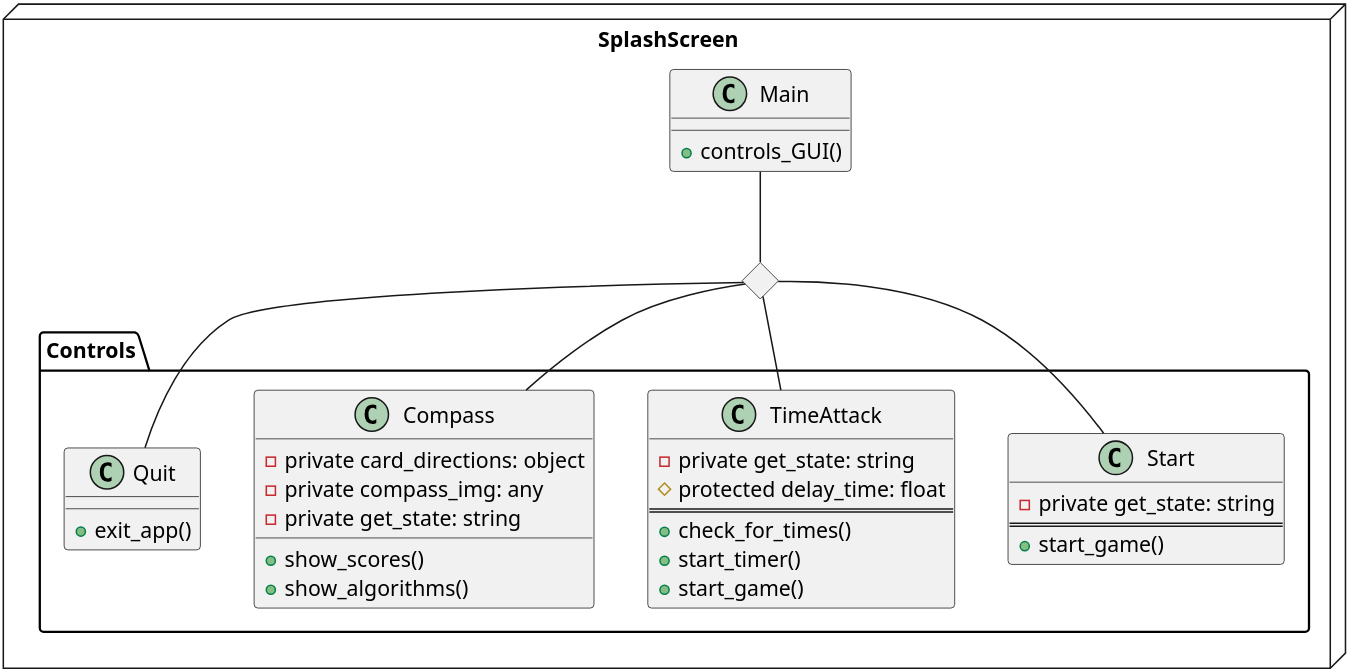
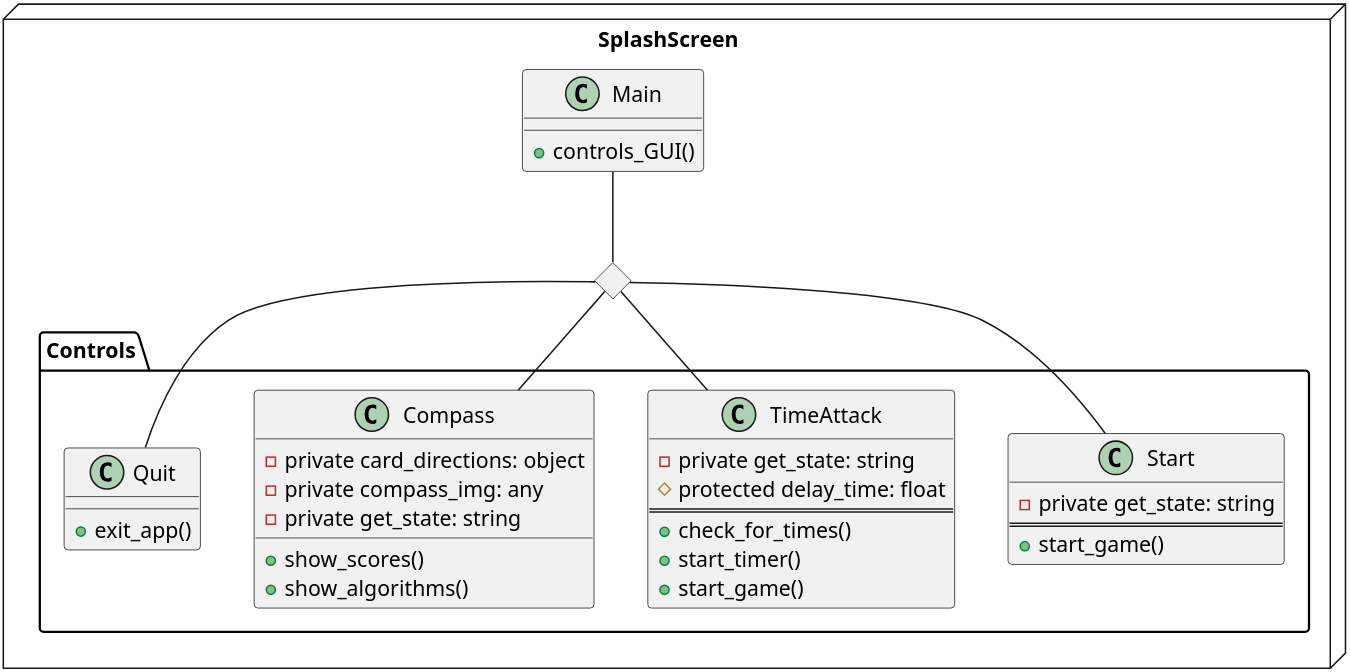
The second of 5 diagrams in rubiks_des.org (djhunter67/Softeare-Engineering-Rubiks-Cube), drawn with PlantUML before and after one commit. The commit also changed other lines of this file and 10 other files, not shown here.

```diff
--- a/rubiks_des.org
+++ b/rubiks_des.org
@@ -75,51 +75,51 @@
 #+BEGIN_SRC plantuml :file main_design.png
 
         scale 600
         
       package SplashScreen <<Node>> {
         class Main {
         +controls_GUI()
         }
-        class Cube {}
+        
         class Username {}  
         <> diamond
       package Controls {
       class Start {
     -private get_state: string
     ==
     +start_game()
       }
       class TimeAttack {
     -private get_state: string
     #protected delay_time: float
     ==
        +check_for_times()
        +start_timer()
        +start_game()
       }
       class Compass {
     -private card_directions: object
     -private compass_img: any
     -private get_state: string
      
     +show_scores()
     +show_algorithms()	
       }
       class Quit {
     +exit_app()
       }
     }
         }
         package Models <<Database>>{
         class DataBase {} 
         }
 
        Main -- diamond
        diamond -- Start
        diamond -- TimeAttack
        diamond -- Compass
        diamond -- Quit
      hide @unlinked
 
 
 #+END_SRC
```
